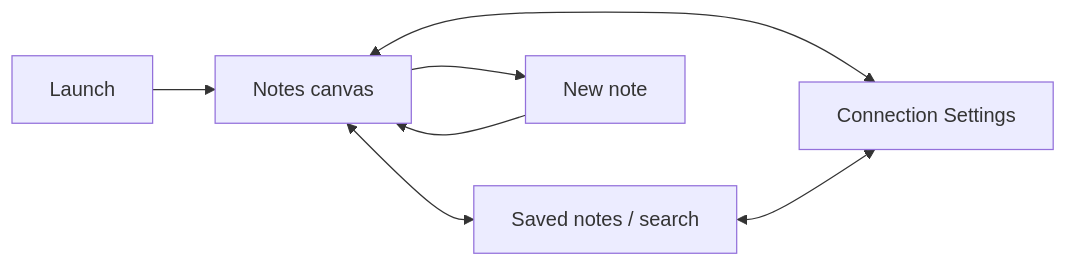
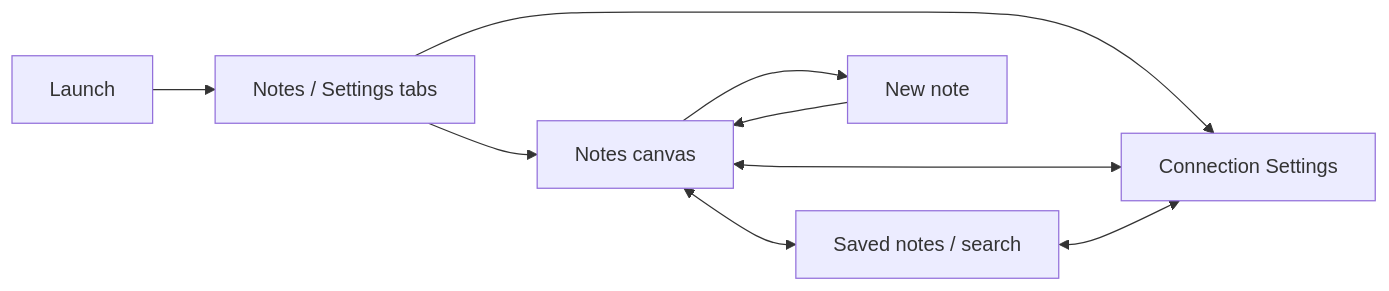
Before and after one commit to lalithu/lorca-ios: the diagram in README.md, drawn with Mermaid. The commit also changed other lines of this file and 8 other files, not shown here.

Commit message:
Add Storyboard Notes and Settings tabs for Canvas rubric

````diff
--- a/README.md
+++ b/README.md
@@ -102,9 +104,11 @@
 ```mermaid
 flowchart LR
-    Launch --> Canvas[Notes canvas]
+    Launch --> Tabs[Notes / Settings tabs]
+    Tabs --> Canvas[Notes canvas]
+    Tabs --> Settings[Connection Settings]
     Canvas <--> Saved[Saved notes / search]
-    Canvas <--> Settings[Connection Settings]
+    Canvas <--> Settings
     Saved <--> Settings
     Canvas --> New[New note]
     New --> Canvas
 ```
````
